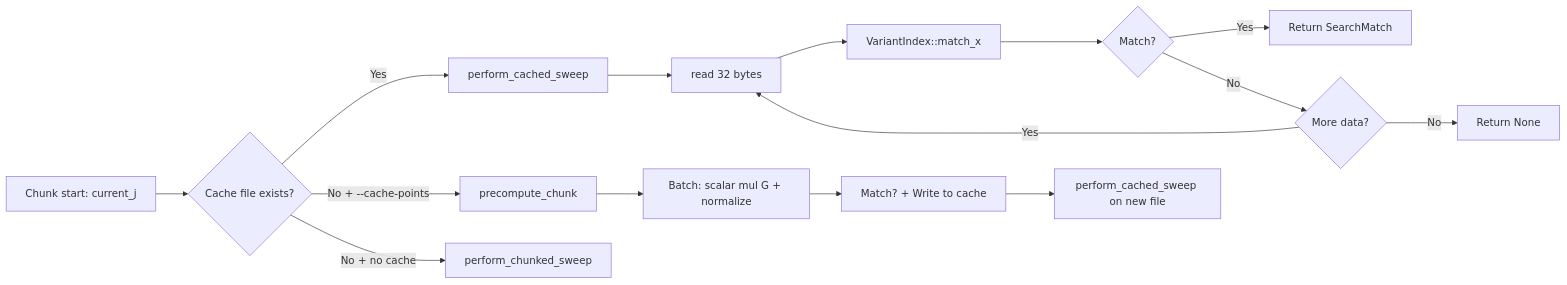
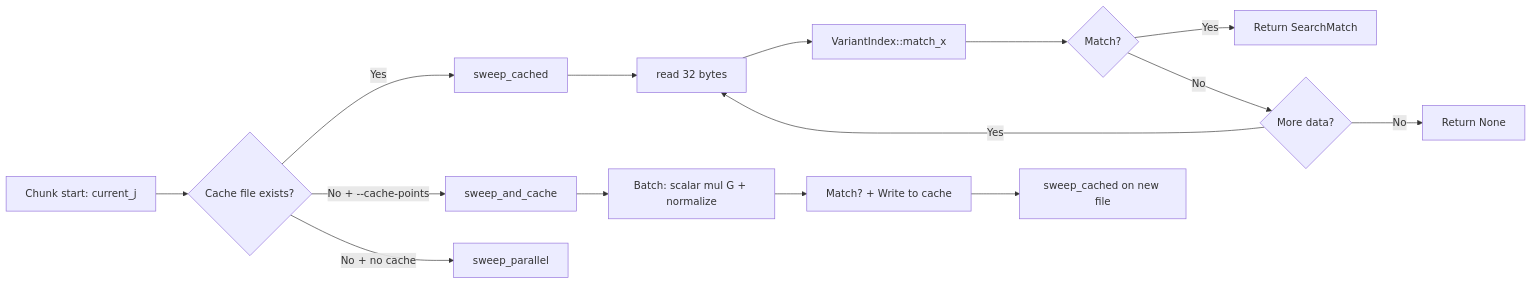
Before and after one commit to sachncs/find: the fifth of 8 diagrams in docs/architecture.md, drawn with Mermaid. The commit also changed other lines of this file and 35 other files, not shown here.

````diff
--- a/docs/architecture.md
+++ b/docs/architecture.md
@@ -330,17 +330,17 @@
 ```mermaid
 graph LR
     A[Chunk start: current_j] --> B{Cache file exists?}
-    B -->|Yes| C[perform_cached_sweep]
+    B -->|Yes| C[sweep_cached]
     C --> D[read 32 bytes]
     D --> E[VariantIndex::match_x]
     E --> F{Match?}
     F -->|Yes| G[Return SearchMatch]
     F -->|No| H{More data?}
     H -->|Yes| D
     H -->|No| I[Return None]
-    B -->|No + --cache-points| J[precompute_chunk]
+    B -->|No + --cache-points| J[sweep_and_cache]
     J --> K[Batch: scalar mul G + normalize]
     K --> L[Match? + Write to cache]
-    L --> M[perform_cached_sweep on new file]
-    B -->|No + no cache| N[perform_chunked_sweep]
+    L --> M[sweep_cached on new file]
+    B -->|No + no cache| N[sweep_parallel]
 ```
````
